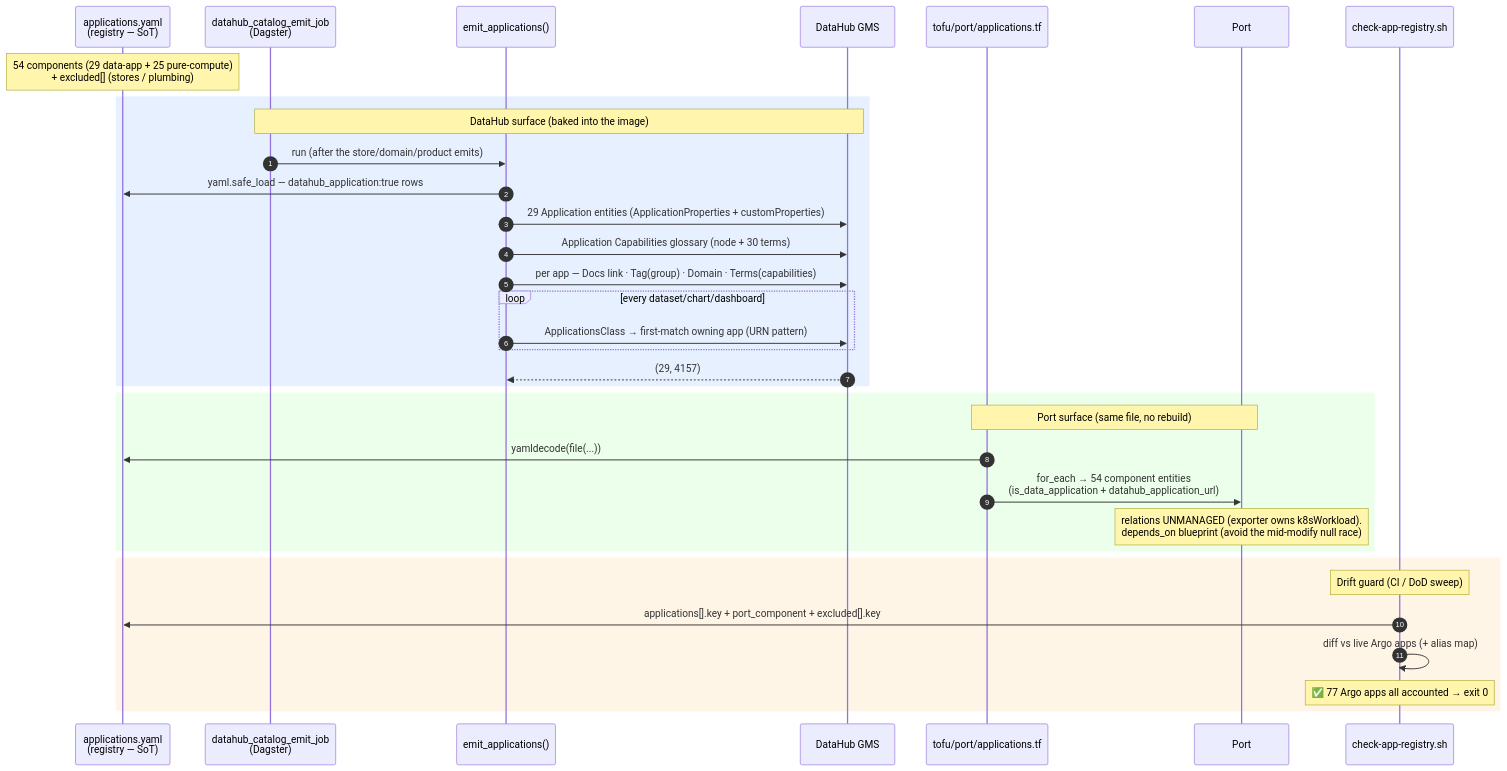
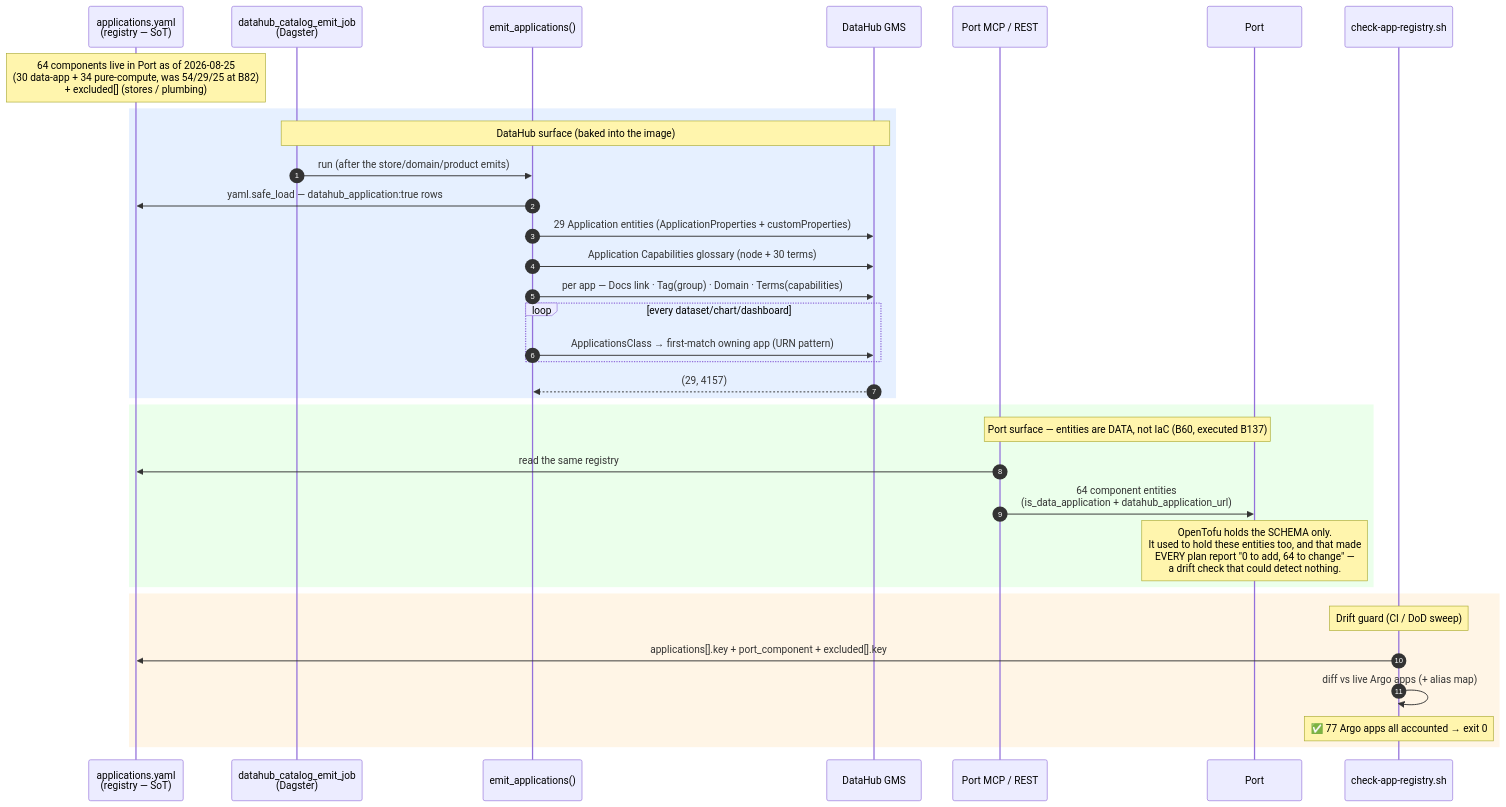
The diagram in docs/diagrams/flow-application-taxonomy.md (edtbl76/weyland-lab), drawn with Mermaid before and after one commit. The commit also changed 4 other files, not shown here.

First line of the commit message:
Add documentation for Port IaC coverage demo and diagram

````diff
--- a/docs/diagrams/flow-application-taxonomy.md
+++ b/docs/diagrams/flow-application-taxonomy.md
@@ -6,40 +6,40 @@
 ```mermaid
 sequenceDiagram
     autonumber
     participant REG as applications.yaml<br/>(registry — SoT)
     participant JOB as datahub_catalog_emit_job<br/>(Dagster)
     participant EMIT as emit_applications()
     participant GMS as DataHub GMS
-    participant TF as tofu/port/applications.tf
+    participant MCP as Port MCP / REST
     participant PORT as Port
     participant CHK as check-app-registry.sh
 
-    Note over REG: 54 components (29 data-app + 25 pure-compute)<br/>+ excluded[] (stores / plumbing)
+    Note over REG: 64 components live in Port as of 2026-08-25<br/>(30 data-app + 34 pure-compute, was 54/29/25 at B82)<br/>+ excluded[] (stores / plumbing)
 
     rect rgb(230,240,255)
     Note over JOB,GMS: DataHub surface (baked into the image)
     JOB->>EMIT: run (after the store/domain/product emits)
     EMIT->>REG: yaml.safe_load — datahub_application:true rows
     EMIT->>GMS: 29 Application entities (ApplicationProperties + customProperties)
     EMIT->>GMS: Application Capabilities glossary (node + 30 terms)
     EMIT->>GMS: per app — Docs link · Tag(group) · Domain · Terms(capabilities)
     loop every dataset/chart/dashboard
         EMIT->>GMS: ApplicationsClass → first-match owning app (URN pattern)
     end
     GMS-->>EMIT: (29, 4157)
     end
 
     rect rgb(235,255,235)
-    Note over TF,PORT: Port surface (same file, no rebuild)
-    TF->>REG: yamldecode(file(...))
-    TF->>PORT: for_each → 54 component entities<br/>(is_data_application + datahub_application_url)
-    Note over PORT: relations UNMANAGED (exporter owns k8sWorkload).<br/>depends_on blueprint (avoid the mid-modify null race)
+    Note over MCP,PORT: Port surface — entities are DATA, not IaC (B60, executed B137)
+    MCP->>REG: read the same registry
+    MCP->>PORT: 64 component entities<br/>(is_data_application + datahub_application_url)
+    Note over PORT: OpenTofu holds the SCHEMA only.<br/>It used to hold these entities too, and that made<br/>EVERY plan report "0 to add, 64 to change" —<br/>a drift check that could detect nothing.
     end
 
     rect rgb(255,245,230)
     Note over CHK: Drift guard (CI / DoD sweep)
     CHK->>REG: applications[].key + port_component + excluded[].key
     CHK->>CHK: diff vs live Argo apps (+ alias map)
     Note over CHK: ✅ 77 Argo apps all accounted → exit 0
     end
 ```
````
